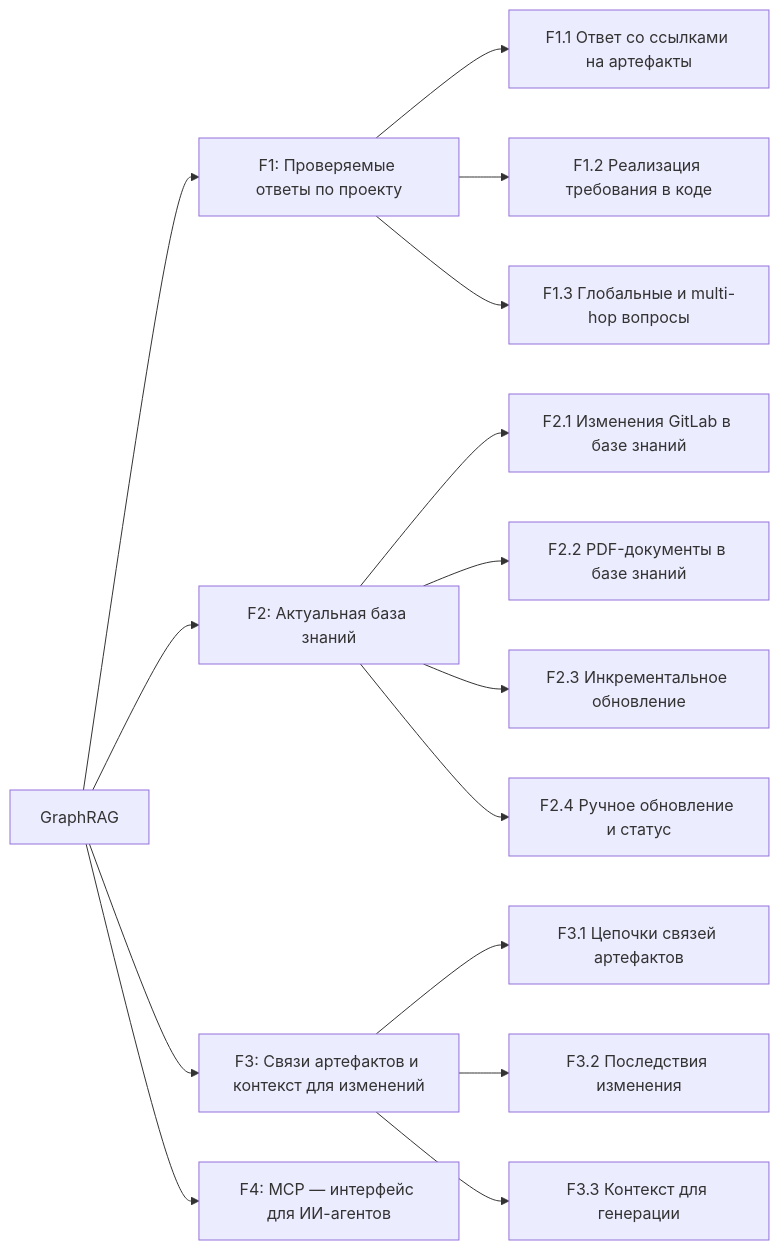
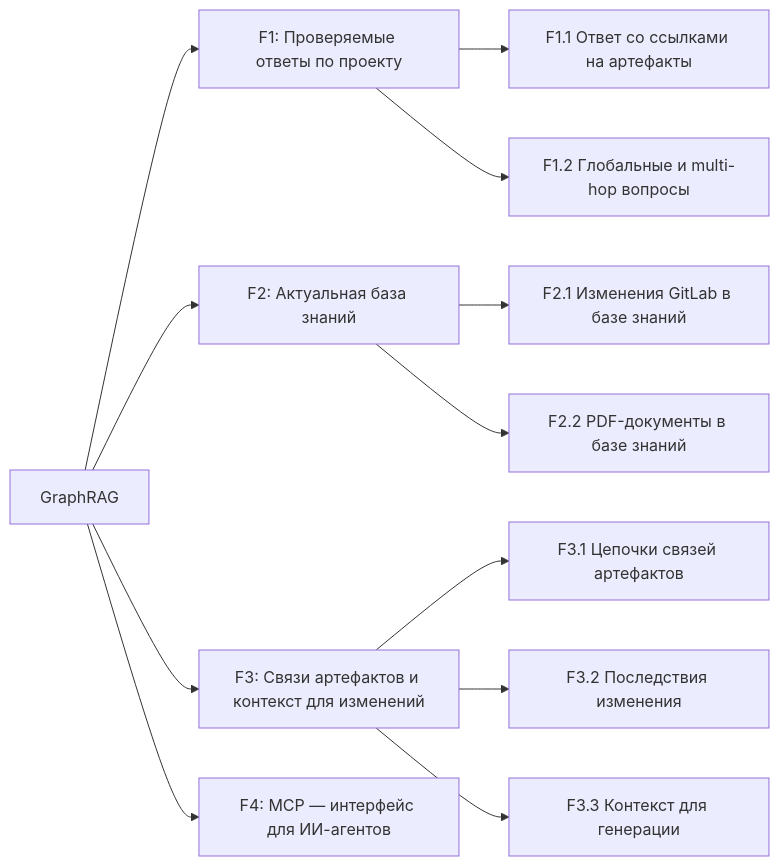
One commit to n-marusov/graphrag changed the first of 2 diagrams in specs/vision.md. Above: the diagram before and after it, drawn with Mermaid. The commit also changed other lines of this file and 3 other files, not shown here.

````diff
--- a/specs/vision.md
+++ b/specs/vision.md
@@ -152,25 +149,22 @@
 ```mermaid
 flowchart LR
     Root["GraphRAG"]
 
     Root --> F1["F1: Проверяемые ответы по проекту"]
     Root --> F2["F2: Актуальная база знаний"]
     Root --> F3["F3: Связи артефактов и контекст для изменений"]
     Root --> F4["F4: MCP — интерфейс для ИИ-агентов"]
 
     F1 --> F1_1["F1.1 Ответ со ссылками на артефакты"]
-    F1 --> F1_2["F1.2 Реализация требования в коде"]
-    F1 --> F1_3["F1.3 Глобальные и multi-hop вопросы"]
+    F1 --> F1_2["F1.2 Глобальные и multi-hop вопросы"]
 
     F2 --> F2_1["F2.1 Изменения GitLab в базе знаний"]
     F2 --> F2_2["F2.2 PDF-документы в базе знаний"]
-    F2 --> F2_3["F2.3 Инкрементальное обновление"]
-    F2 --> F2_4["F2.4 Ручное обновление и статус"]
 
     F3 --> F3_1["F3.1 Цепочки связей артефактов"]
     F3 --> F3_2["F3.2 Последствия изменения"]
     F3 --> F3_3["F3.3 Контекст для генерации"]
 
     %% F4 — независимая функция-интерфейс; канал доступа к F1 и F3
     %% описан в тексте §2.2 (Граница F4), рёбрами в дереве не выражается
 ```
````
